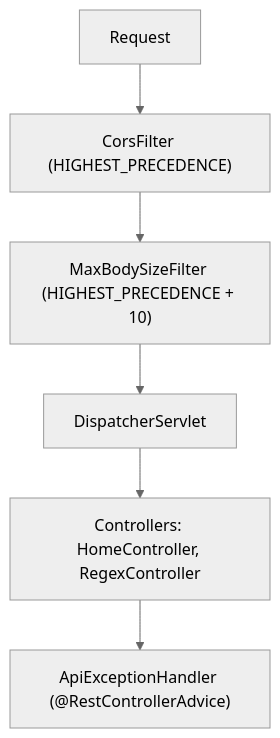
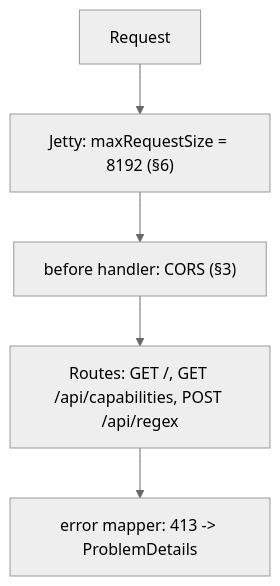
One commit to RegExTester/regex-tester changed the diagram in api-java/ARCHITECTURE.md. Above: the diagram before and after it, drawn with Mermaid (neutral theme). The commit also changed other lines of this file and 57 other files, not shown here.

````diff
--- a/api-java/ARCHITECTURE.md
+++ b/api-java/ARCHITECTURE.md
@@ -60,8 +60,7 @@
 ```mermaid
 flowchart TD
-    A[Request] --> B["CorsFilter (HIGHEST_PRECEDENCE)"]
-    B --> C["MaxBodySizeFilter (HIGHEST_PRECEDENCE + 10)"]
-    C --> D[DispatcherServlet]
-    D --> E["Controllers: HomeController, RegexController"]
-    E --> F["ApiExceptionHandler (@RestControllerAdvice)"]
+    A[Request] --> B["Jetty: maxRequestSize = 8192 (§6)"]
+    B --> C["before handler: CORS (§3)"]
+    C --> D["Routes: GET /, GET /api/capabilities, POST /api/regex"]
+    D --> E["error mapper: 413 -> ProblemDetails"]
 ```
````
